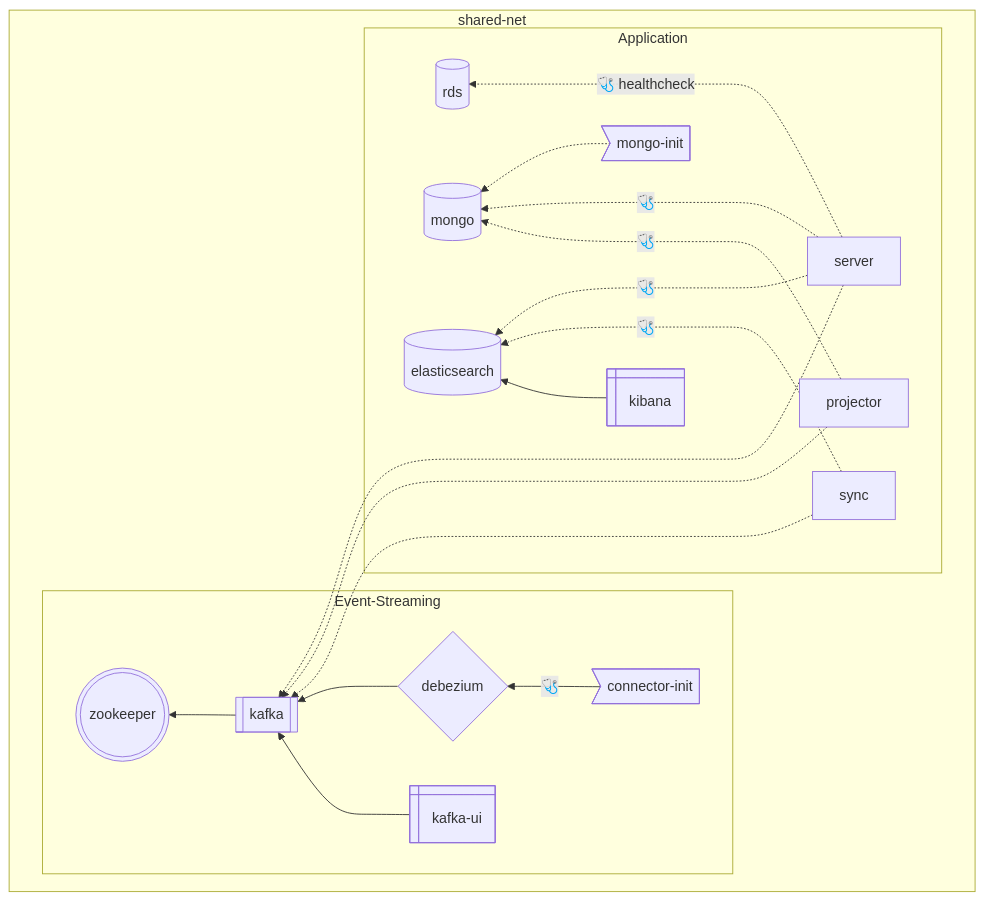
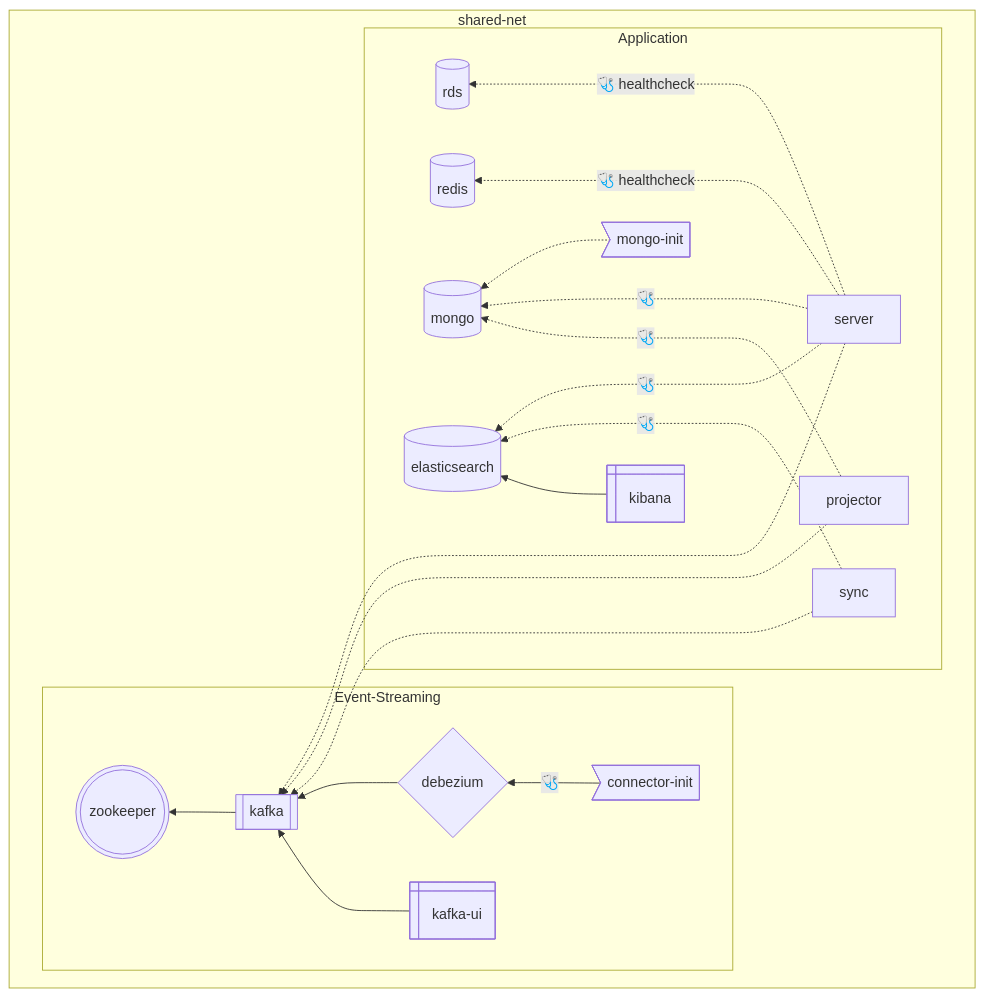
Before and after one commit to NarciSource/Pre-Onboarding-Challenge-BE-31: the second of 4 diagrams in README.md, drawn with Mermaid. The commit also changed other lines of this file and 3 other files, not shown here.

````diff
--- a/README.md
+++ b/README.md
@@ -115,40 +119,41 @@
 ```mermaid
 graph
   subgraph DockerNetwork["shared-net"]
    direction RL
 
    subgraph Event-Streaming
     zookeeper@{ shape: dbl-circ }
     kafka@{ shape: fr-rect }
     kafka-ui@{ shape: win-pane }
     debezium@{ shape: diamond }
     connector-init@{ shape: odd }
    end
 
    subgraph Application
     server@{ shape: rect }
     projector@{ shape: rect }
     sync@{ shape: rect }
 
     rds@{ shape: cyl }
     mongo@{ shape: cyl }
     mongo-init@{ shape: odd }
     elasticsearch@{ shape: cyl }
+    redis@{ shape: cyl }
     kibana@{ shape: win-pane }
    end
   end
 
   %% depends_on 관계
-  server -..->|🩺 healthcheck| rds
+  server -..->|🩺 healthcheck| rds & redis
 
   mongo-init -.-> mongo
   server & projector -..->|🩺| mongo
 
   server & sync -..->|🩺| elasticsearch
   kibana --> elasticsearch
 
   server & projector & sync -...-> kafka
   connector-init -->|🩺| debezium --> kafka --> zookeeper
 
   kafka-ui --> kafka
 ```
````
